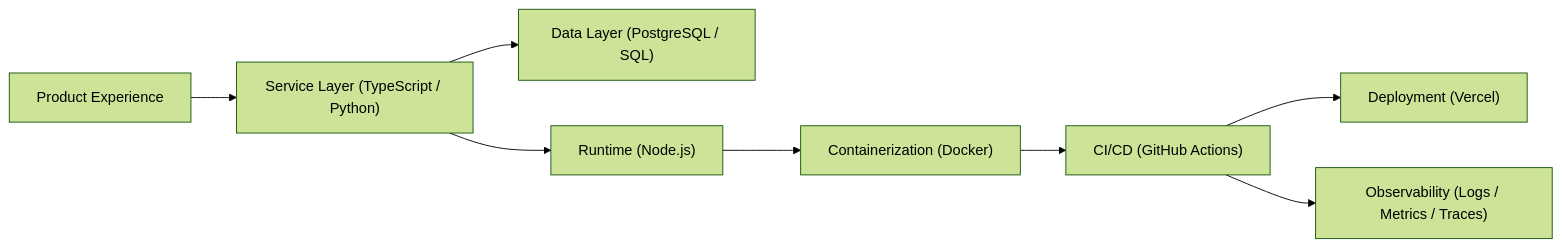
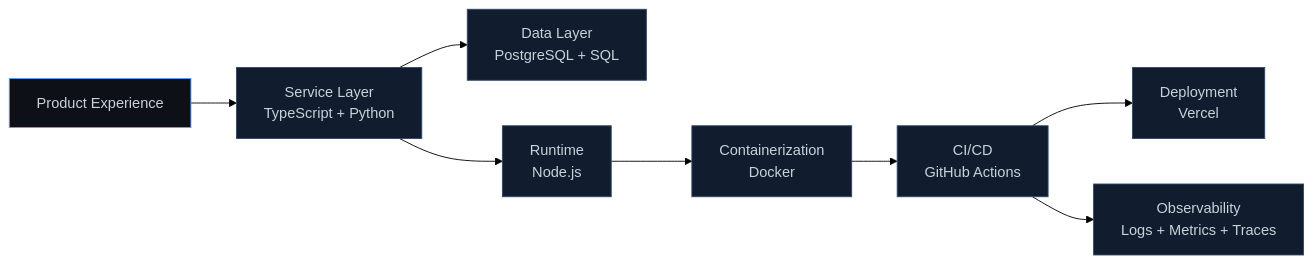
Before and after one commit to Luseefor/Luseefor: the diagram in README.md, drawn with Mermaid (forest theme). The commit also changed other lines of this file and 1 other file, not shown here.

````diff
--- a/README.md
+++ b/README.md
@@ -40,10 +48,15 @@
 ```mermaid
 flowchart LR
-    Product["Product Experience"] --> Services["Service Layer (TypeScript / Python)"]
-    Services --> Data["Data Layer (PostgreSQL / SQL)"]
-    Services --> Runtime["Runtime (Node.js)"]
-    Runtime --> Container["Containerization (Docker)"]
-    Container --> CI["CI/CD (GitHub Actions)"]
-    CI --> Deploy["Deployment (Vercel)"]
-    CI --> Observe["Observability (Logs / Metrics / Traces)"]
+    Product["Product Experience"] --> Services["Service Layer<br/>TypeScript + Python"]
+    Services --> Data["Data Layer<br/>PostgreSQL + SQL"]
+    Services --> Runtime["Runtime<br/>Node.js"]
+    Runtime --> Container["Containerization<br/>Docker"]
+    Container --> CI["CI/CD<br/>GitHub Actions"]
+    CI --> Deploy["Deployment<br/>Vercel"]
+    CI --> Observe["Observability<br/>Logs + Metrics + Traces"]
+
+    classDef node fill:#111C2E,stroke:#2F4A68,color:#C9D1D9;
+    classDef root fill:#0D1117,stroke:#58A6FF,color:#C9D1D9;
+    class Product root;
+    class Services,Data,Runtime,Container,CI,Deploy,Observe node;
 ```
````
